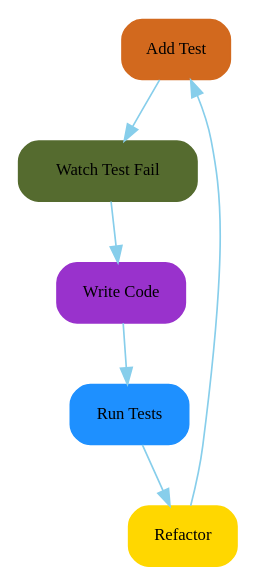
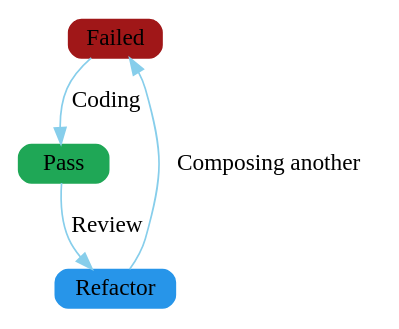
One commit to abruzzi/graphviz-scripts changed the diagram in tdd.dot. Above: the diagram before and after it, drawn with Graphviz. The commit also changed 7 other files, not shown here.

```diff
--- a/tdd.dot
+++ b/tdd.dot
@@ -1,12 +1,12 @@
 digraph tdd{
-    node [shape="Mrecord", fontname="Consolas", fontsize=10];
-    edge [color="skyblue", fontname="Consolas", fontsize=10];
+    node [shape="Mrecord", fontname="PT Mono", fontsize=14, height=.2];
+    edge [color="skyblue", fontname="PT Mono", fontsize=14];
 
-    add_test [label="Add Test", style="filled", color="chocolate"];
-    watch_fail [label="Watch Test Fail", style="filled", color="darkolivegreen"];
-    write_code [label="Write Code", style="filled", color="darkorchid"];
-    run_tests [label="Run Tests", style="filled", color="dodgerblue"];
-    refactor [label="Refactor", style="filled", color="gold"];
+    red [label="Failed", style="filled", color="#a01718"];
+    green [label="Pass", style="filled", color="#1fa756"];
+    blue [label="Refactor", style="filled", color="#2795e9"];
 
-    add_test -> watch_fail -> write_code -> run_tests -> refactor -> add_test;
+    red -> green [label="Coding"];
+    green -> blue [label="Review"];
+    blue -> red [label="Composing another"];
 }
```
